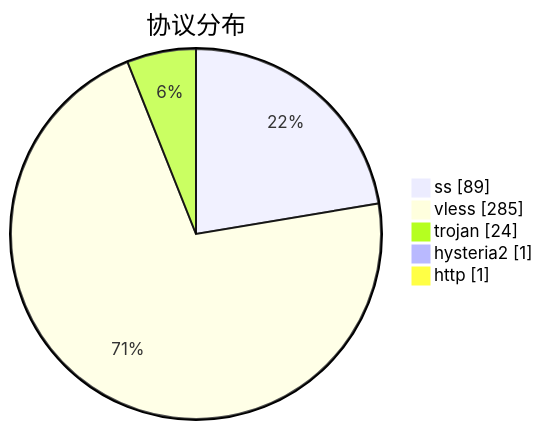
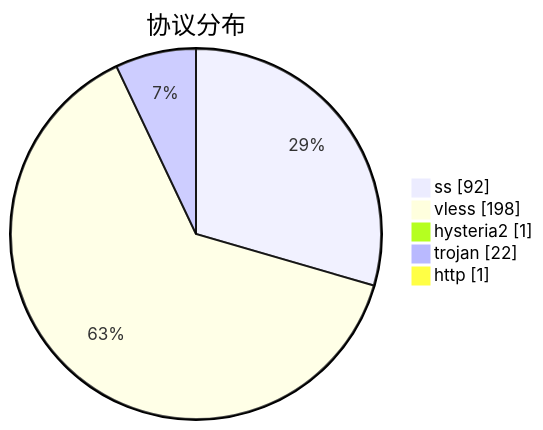
The third of 3 diagrams in subs/statistics/tested_within.md (qjlxg/airport), drawn with Mermaid before and after one commit. The commit also changed other lines of this file and 2 other files, not shown here.

````diff
--- a/subs/statistics/tested_within.md
+++ b/subs/statistics/tested_within.md
@@ -31,9 +30,9 @@
 ```mermaid
 pie showData
 title 协议分布
-"ss" : 89
-"vless" : 285
-"trojan" : 24
+"ss" : 92
+"vless" : 198
 "hysteria2" : 1
+"trojan" : 22
 "http" : 1
 ```
````
